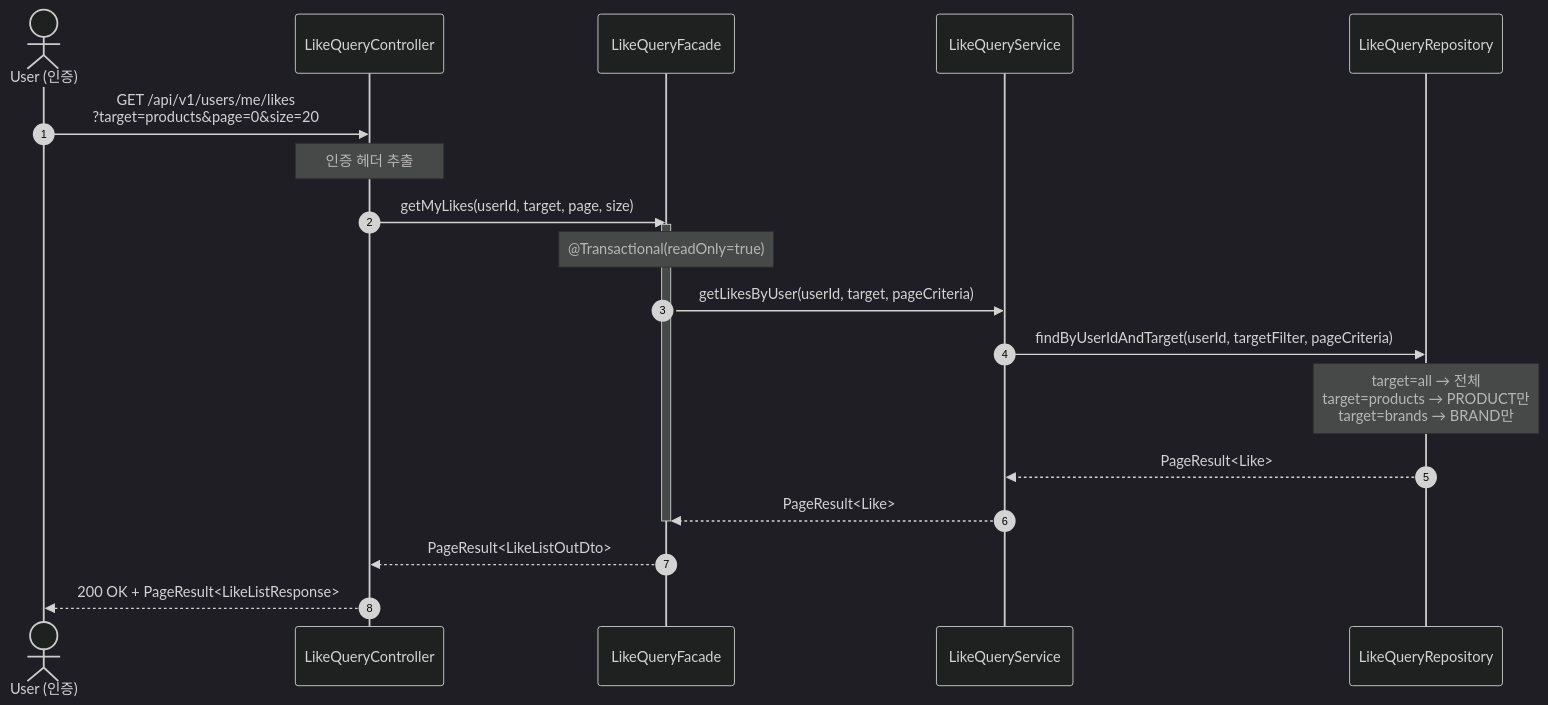
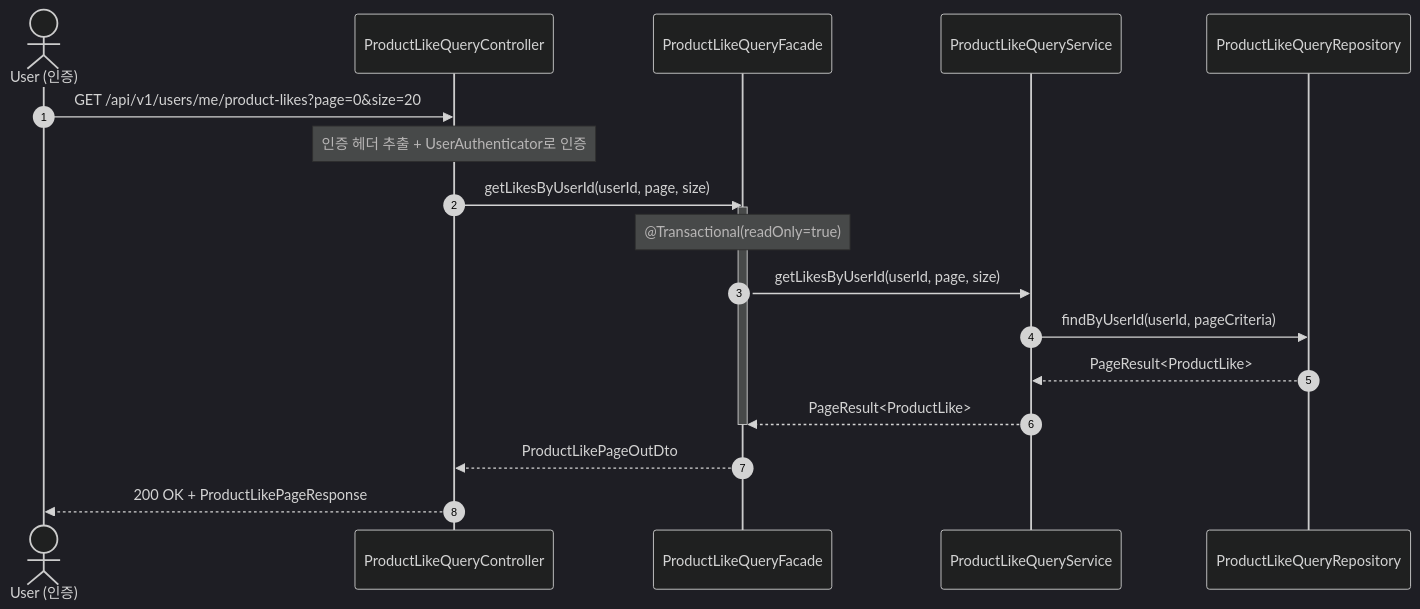
Before and after one commit to Hwan0518/loop-pack-be-l2-vol3-java: diagram 16 of 30 in docs/design/02-sequence-diagrams.md, drawn with Mermaid (dark theme). The commit also changed other lines of this file and 13 other files, not shown here.

````diff
--- a/docs/design/02-sequence-diagrams.md
+++ b/docs/design/02-sequence-diagrams.md
@@ -851,25 +860,24 @@
 ```mermaid
 sequenceDiagram
     autonumber
     actor User as User (인증)
-    participant Controller as LikeQueryController
-    participant Facade as LikeQueryFacade
-    participant Service as LikeQueryService
-    participant Repository as LikeQueryRepository
+    participant Controller as ProductLikeQueryController
+    participant Facade as ProductLikeQueryFacade
+    participant Service as ProductLikeQueryService
+    participant Repository as ProductLikeQueryRepository
 
-    User->>Controller: GET /api/v1/users/me/likes<br/>?target=products&page=0&size=20
-    Note over Controller: 인증 헤더 추출
-    Controller->>Facade: getMyLikes(userId, target, page, size)
+    User->>Controller: GET /api/v1/users/me/product-likes?page=0&size=20
+    Note over Controller: 인증 헤더 추출 + UserAuthenticator로 인증
+    Controller->>Facade: getLikesByUserId(userId, page, size)
     activate Facade
     Note over Facade: @Transactional(readOnly=true)
 
-    Facade->>Service: getLikesByUser(userId, target, pageCriteria)
-    Service->>Repository: findByUserIdAndTarget(userId, targetFilter, pageCriteria)
-    Note over Repository: target=all → 전체<br/>target=products → PRODUCT만<br/>target=brands → BRAND만
-    Repository-->>Service: PageResult<Like>
-    Service-->>Facade: PageResult<Like>
+    Facade->>Service: getLikesByUserId(userId, page, size)
+    Service->>Repository: findByUserId(userId, pageCriteria)
+    Repository-->>Service: PageResult<ProductLike>
+    Service-->>Facade: PageResult<ProductLike>
 
     deactivate Facade
-    Facade-->>Controller: PageResult<LikeListOutDto>
-    Controller-->>User: 200 OK + PageResult<LikeListResponse>
+    Facade-->>Controller: ProductLikePageOutDto
+    Controller-->>User: 200 OK + ProductLikePageResponse
 ```
````
